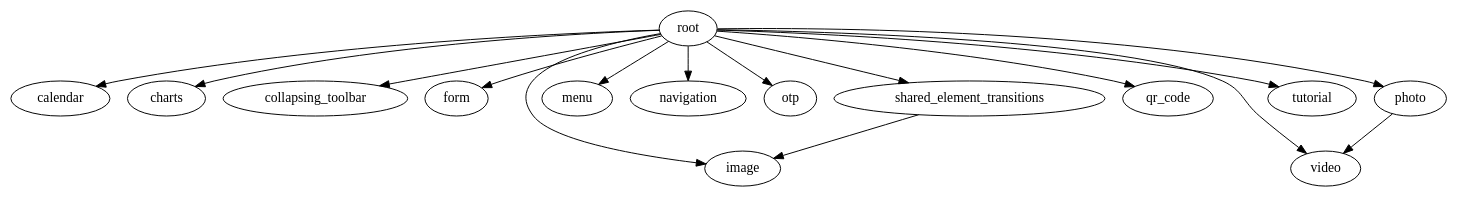
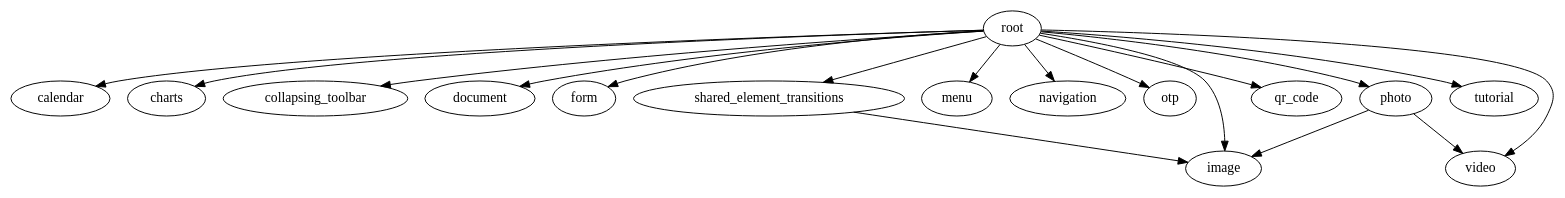
One commit to VitalyPerm/MobileUp-Android-Samples changed the diagram in features/module_graph/modules.dot. Above: the diagram before and after it, drawn with Graphviz. The commit also changed 12 other files, not shown here.

```diff
--- a/features/module_graph/modules.dot
+++ b/features/module_graph/modules.dot
@@ -1,31 +1,34 @@
 digraph {
 calendar
 charts
 collapsing_toolbar
+document
 form
 image
 menu
 navigation
 otp
 photo
 qr_code
 root
 shared_element_transitions
 tutorial
 video
+photo -> image
 photo -> video
 root -> calendar
 root -> charts
 root -> collapsing_toolbar
+root -> document
 root -> form
 root -> image
 root -> menu
 root -> navigation
 root -> otp
 root -> photo
 root -> qr_code
 root -> shared_element_transitions
 root -> tutorial
 root -> video
 shared_element_transitions -> image
 }
```
